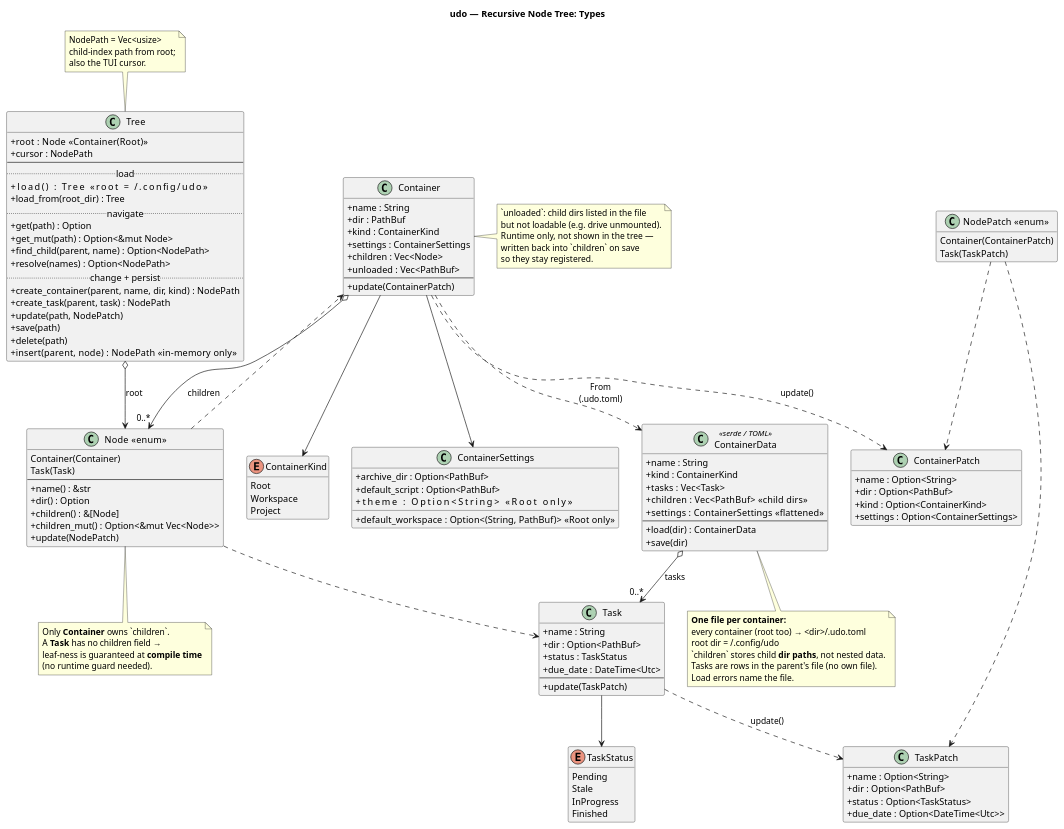
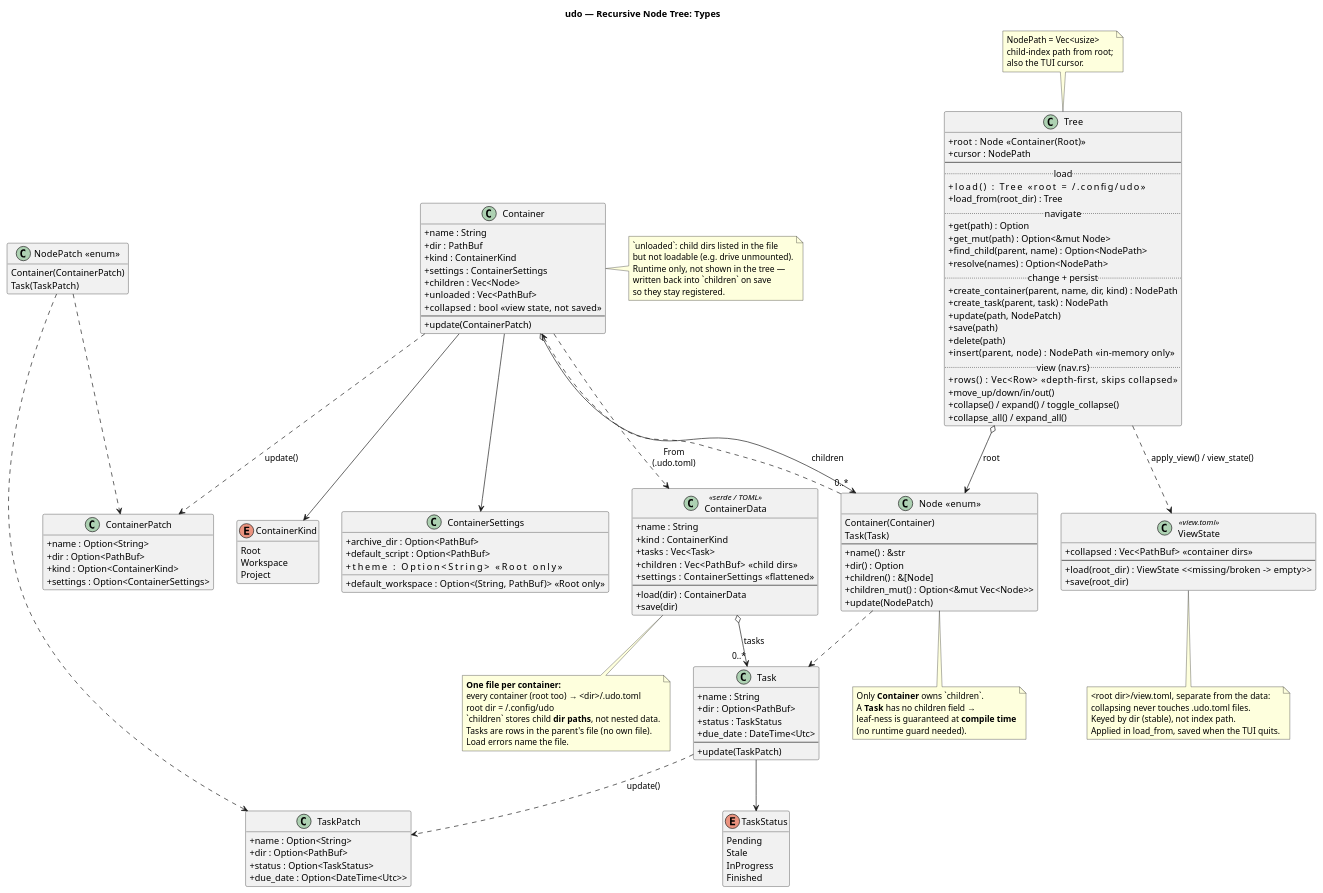
One commit to jqyDee/udo changed the diagram in docs/tree/01-types.puml. Above: the diagram before and after it, drawn with PlantUML. The commit also changed 7 other files, not shown here.

Commit message:
feat: tree navigation, collapse with saved view state, list command

```diff
--- a/docs/tree/01-types.puml
+++ b/docs/tree/01-types.puml
@@ -1,159 +1,180 @@
 @startuml
 title udo — Recursive Node Tree: Types
 
 hide empty members
 skinparam classAttributeIconSize 0
 
 ' ---------- in-memory tree ----------
 class Tree {
   + root : Node   <<Container(Root)>>
   + cursor : NodePath
   --
   .. load ..
   + load() : Tree                      <<root = ~/.config/udo>>
   + load_from(root_dir) : Tree
   .. navigate ..
   + get(path) : Option<&Node>
   + get_mut(path) : Option<&mut Node>
   + find_child(parent, name) : Option<NodePath>
   + resolve(names) : Option<NodePath>
   .. change + persist ..
   + create_container(parent, name, dir, kind) : NodePath
   + create_task(parent, task) : NodePath
   + update(path, NodePatch)
   + save(path)
   + delete(path)
   + insert(parent, node) : NodePath    <<in-memory only>>
+  .. view (nav.rs) ..
+  + rows() : Vec<Row>          <<depth-first, skips collapsed>>
+  + move_up/down/in/out()
+  + collapse() / expand() / toggle_collapse()
+  + collapse_all() / expand_all()
 }
 
 note top of Tree
   NodePath = Vec<usize>
   child-index path from root;
   also the TUI cursor.
 end note
 
 class "Node  <<enum>>" as Node {
   Container(Container)
   Task(Task)
   --
   + name() : &str
   + dir() : Option<&Path>
   + children() : &[Node]
   + children_mut() : Option<&mut Vec<Node>>
   + update(NodePatch)
 }
 
 class Container {
   + name : String
   + dir : PathBuf
   + kind : ContainerKind
   + settings : ContainerSettings
   + children : Vec<Node>
   + unloaded : Vec<PathBuf>
+  + collapsed : bool   <<view state, not saved>>
   --
   + update(ContainerPatch)
 }
 
 class Task {
   + name : String
   + dir : Option<PathBuf>
   + status : TaskStatus
   + due_date : DateTime<Utc>
   --
   + update(TaskPatch)
 }
 
 enum ContainerKind {
   Root
   Workspace
   Project
 }
 
 enum TaskStatus {
   Pending
   Stale
   InProgress
   Finished
 }
 
 class ContainerSettings {
   + archive_dir : Option<PathBuf>
   + default_script : Option<PathBuf>
   + theme : Option<String>                          <<Root only>>
   + default_workspace : Option<(String, PathBuf)>   <<Root only>>
 }
 
 ' ---------- update / patch ----------
 class "NodePatch  <<enum>>" as NodePatch {
   Container(ContainerPatch)
   Task(TaskPatch)
 }
 
 class ContainerPatch {
   + name : Option<String>
   + dir : Option<PathBuf>
   + kind : Option<ContainerKind>
   + settings : Option<ContainerSettings>
 }
 
 class TaskPatch {
   + name : Option<String>
   + dir : Option<PathBuf>
   + status : Option<TaskStatus>
   + due_date : Option<DateTime<Utc>>
 }
 
 ' ---------- persistence DTO ----------
 class ContainerData <<serde / TOML>> {
   + name : String
   + kind : ContainerKind
   + tasks : Vec<Task>
   + children : Vec<PathBuf>   <<child dirs>>
   + settings : ContainerSettings   <<flattened>>
   --
   + load(dir) : ContainerData
   + save(dir)
 }
 
+class ViewState <<view.toml>> {
+  + collapsed : Vec<PathBuf>   <<container dirs>>
+  --
+  + load(root_dir) : ViewState   <<missing/broken -> empty>>
+  + save(root_dir)
+}
+
+note bottom of ViewState
+  <root dir>/view.toml, separate from the data:
+  collapsing never touches .udo.toml files.
+  Keyed by dir (stable), not index path.
+  Applied in load_from, saved when the TUI quits.
+end note
+
 ' ---------- relationships ----------
 Tree o--> Node : root
 Node ..> Container
 Node ..> Task
 Container o--> "0..*" Node : children
 Container --> ContainerKind
 Container --> ContainerSettings
 Task --> TaskStatus
 
 NodePatch ..> ContainerPatch
 NodePatch ..> TaskPatch
 Container ..> ContainerPatch : update()
 Task ..> TaskPatch : update()
 
 Container ..> ContainerData : From<&Container>\n(.udo.toml)
 ContainerData o--> "0..*" Task : tasks
+Tree ..> ViewState : apply_view() / view_state()
 
 note bottom of Node
   Only **Container** owns `children`.
   A **Task** has no children field →
   leaf-ness is guaranteed at **compile time**
   (no runtime guard needed).
 end note
 
 note right of Container
   `unloaded`: child dirs listed in the file
   but not loadable (e.g. drive unmounted).
   Runtime only, not shown in the tree —
   written back into `children` on save
   so they stay registered.
 end note
 
 note bottom of ContainerData
   **One file per container:**
   every container (root too) → <dir>/.udo.toml
   root dir = ~/.config/udo
   `children` stores child **dir paths**, not nested data.
   Tasks are rows in the parent's file (no own file).
   Load errors name the file.
 end note
 
 @enduml
```
